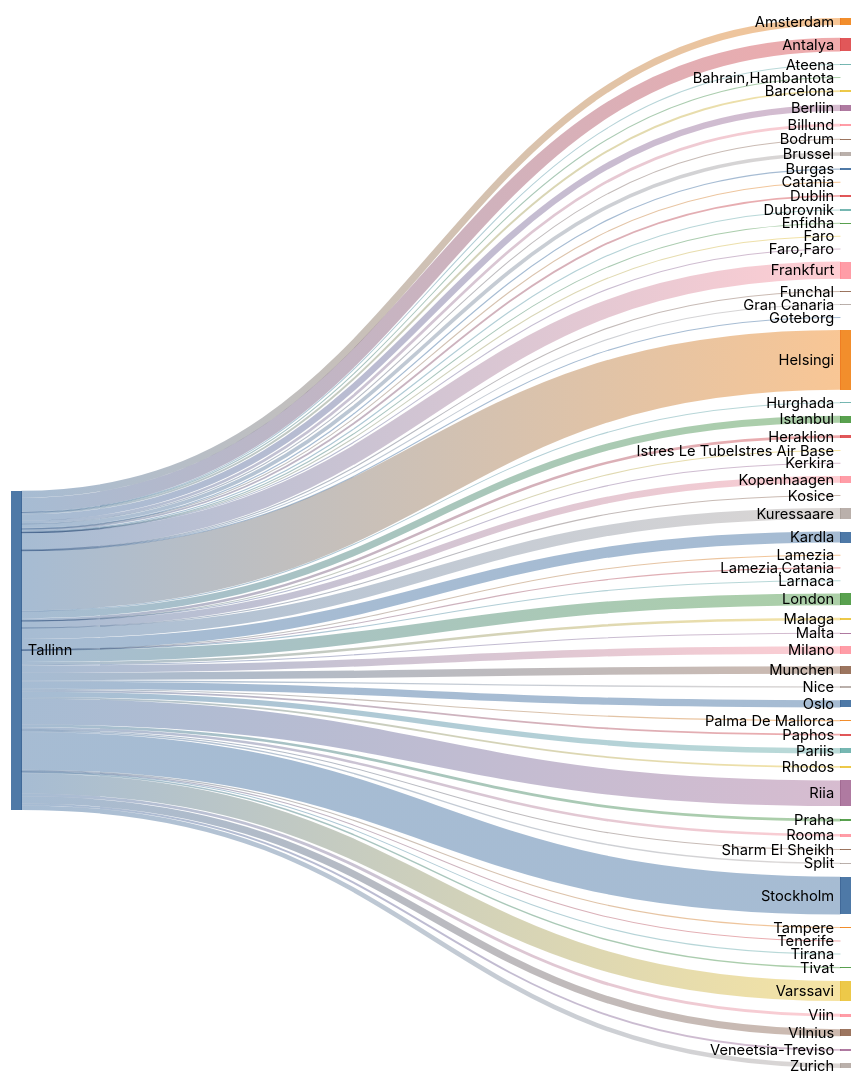
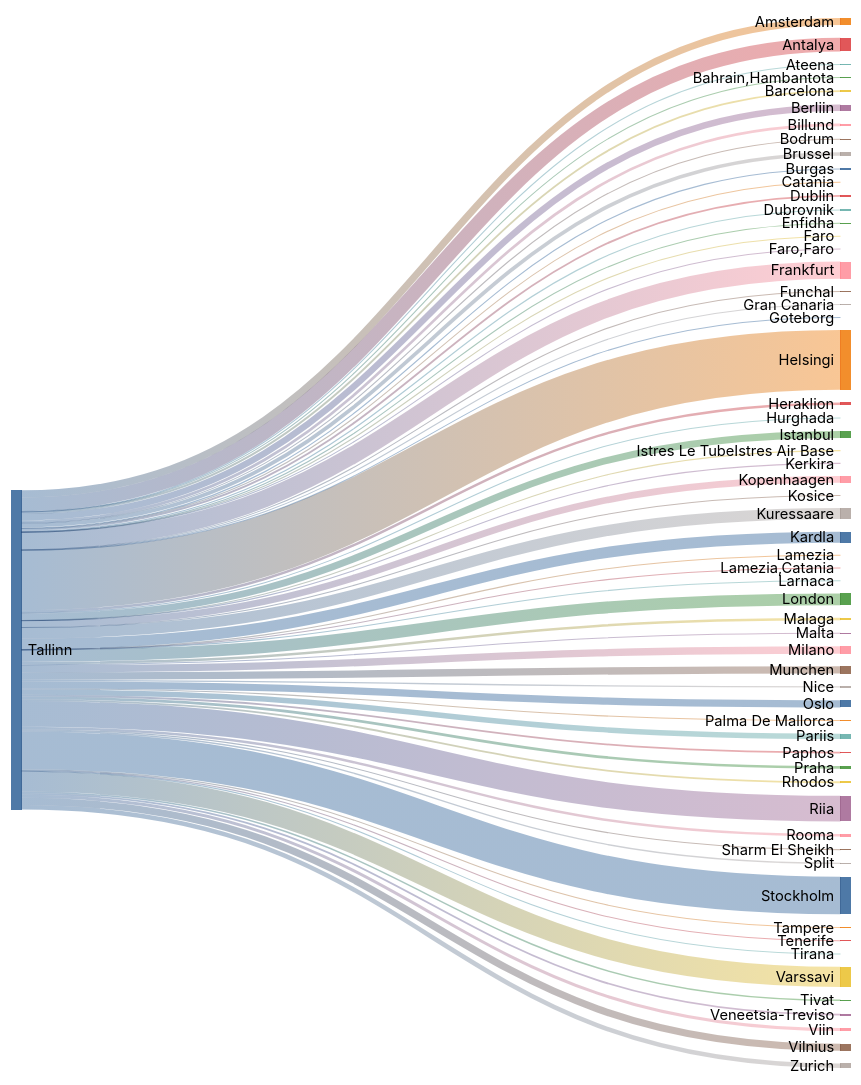
The second of 2 diagrams in README.md (rainermesi/tll-airport-departures), drawn with Mermaid (forest theme) before and after one commit. The commit also changed other lines of this file, not shown here.

````diff
--- a/README.md
+++ b/README.md
@@ -34,72 +34,72 @@
 ```mermaid
 ---
 config:
   sankey:
     showValues: false
     width: 800
     height: 1000
 ---
 sankey-beta
 %% source,target,value
-Tallinn,Amsterdam,127
-Tallinn,Antalya,247
+Tallinn,Amsterdam,129
+Tallinn,Antalya,248
 Tallinn,Ateena,16
 Tallinn,"Bahrain,Hambantota",1
 Tallinn,Barcelona,34
-Tallinn,Berliin,115
+Tallinn,Berliin,116
 Tallinn,Billund,49
 Tallinn,Bodrum,11
-Tallinn,Brussel,66
+Tallinn,Brussel,67
 Tallinn,Burgas,21
 Tallinn,Catania,2
-Tallinn,Dublin,33
+Tallinn,Dublin,34
 Tallinn,Dubrovnik,21
 Tallinn,Enfidha,7
 Tallinn,Faro,4
 Tallinn,"Faro,Faro",1
-Tallinn,Frankfurt,309
+Tallinn,Frankfurt,312
 Tallinn,Funchal,5
 Tallinn,Gran Canaria,9
 Tallinn,Goteborg,1
-Tallinn,Helsingi,1074
+Tallinn,Helsingi,1083
 Tallinn,Heraklion,46
 Tallinn,Hurghada,15
-Tallinn,Istanbul,125
+Tallinn,Istanbul,126
 Tallinn,Istres Le TubeIstres Air Base,2
 Tallinn,Kerkira,4
-Tallinn,Kopenhaagen,121
+Tallinn,Kopenhaagen,122
 Tallinn,Kosice,1
-Tallinn,Kuressaare,197
-Tallinn,Kardla,197
+Tallinn,Kuressaare,199
+Tallinn,Kardla,199
 Tallinn,Lamezia,1
 Tallinn,"Lamezia,Catania",3
 Tallinn,Larnaca,4
-Tallinn,London,212
+Tallinn,London,213
 Tallinn,Malaga,45
 Tallinn,Malta,15
-Tallinn,Milano,132
+Tallinn,Milano,133
 Tallinn,Munchen,133
 Tallinn,Nice,25
-Tallinn,Oslo,130
+Tallinn,Oslo,131
 Tallinn,Palma De Mallorca,19
-Tallinn,Paphos,32
-Tallinn,Pariis,96
+Tallinn,Paphos,33
+Tallinn,Pariis,97
 Tallinn,Praha,49
 Tallinn,Rhodos,32
-Tallinn,Riia,461
+Tallinn,Riia,465
 Tallinn,Rooma,46
-Tallinn,Sharm El Sheikh,16
+Tallinn,Sharm El Sheikh,17
 Tallinn,Split,25
-Tallinn,Stockholm,680
+Tallinn,Stockholm,683
 Tallinn,Tampere,17
-Tallinn,Tenerife,12
+Tallinn,Tenerife,13
 Tallinn,Tirana,8
 Tallinn,Tivat,26
-Tallinn,Varssavi,362
+Tallinn,Varssavi,365
 Tallinn,Veneetsia-Treviso,34
-Tallinn,Viin,53
-Tallinn,Vilnius,128
-Tallinn,Zurich,82
+Tallinn,Viin,54
+Tallinn,Vilnius,129
+Tallinn,Zurich,83
 
 
 ```
````
